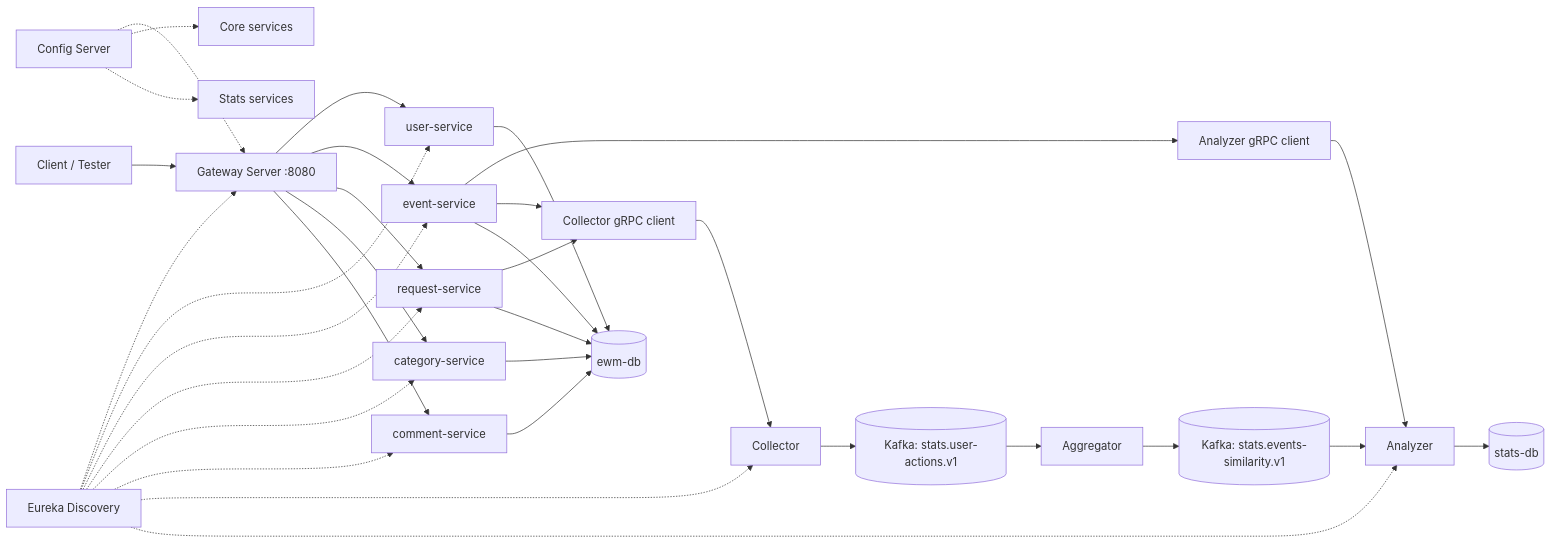
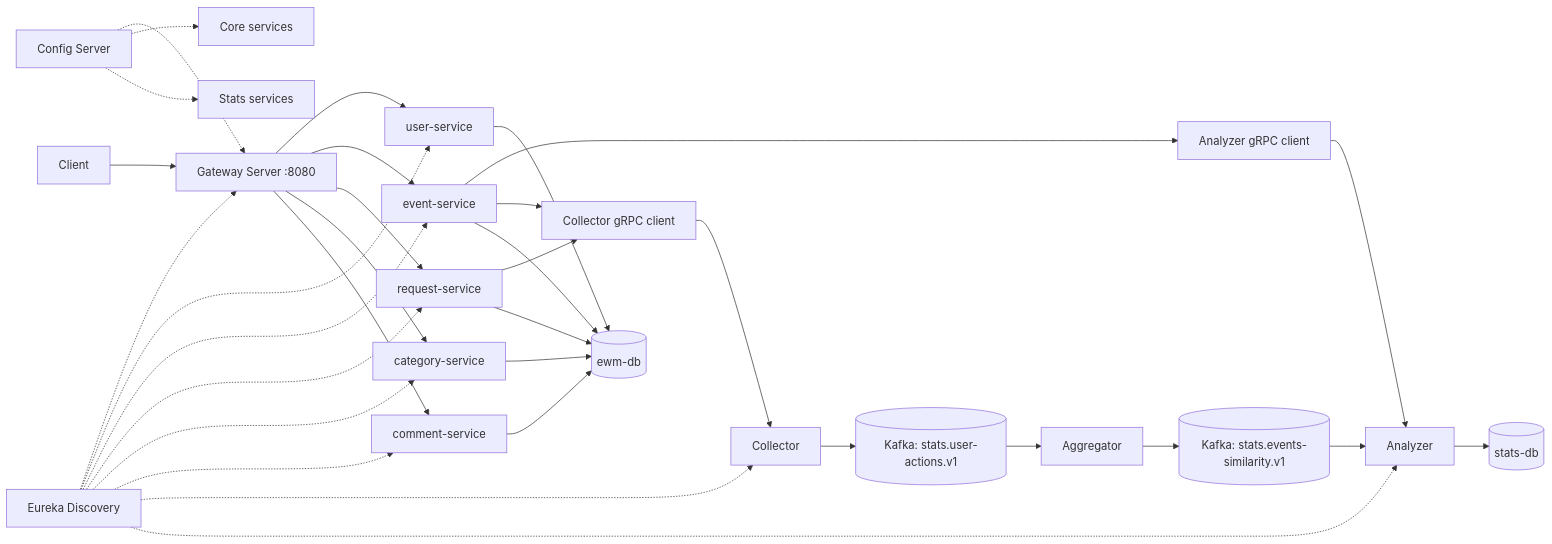
Before and after one commit to avnovik/java-plus-graduation: the diagram in README.md, drawn with Mermaid. The commit also changed other lines of this file and 3 other files, not shown here.

````diff
--- a/README.md
+++ b/README.md
@@ -70,42 +70,42 @@
 ```mermaid
 flowchart LR
-    Client[Client / Tester] --> Gateway[Gateway Server :8080]
+    Client --> Gateway[Gateway Server :8080]
 
     Gateway --> User[user-service]
     Gateway --> Event[event-service]
     Gateway --> Request[request-service]
     Gateway --> Category[category-service]
     Gateway --> Comment[comment-service]
 
     Event --> AnalyzerClient[Analyzer gRPC client]
     Event --> CollectorClient[Collector gRPC client]
     Request --> CollectorClient
 
     CollectorClient --> Collector[Collector]
     AnalyzerClient --> Analyzer[Analyzer]
 
     Collector --> KafkaUserActions[(Kafka: stats.user-actions.v1)]
     KafkaUserActions --> Aggregator[Aggregator]
     Aggregator --> KafkaSimilarity[(Kafka: stats.events-similarity.v1)]
     KafkaSimilarity --> Analyzer
 
     Analyzer --> StatsDb[(stats-db)]
     User --> EwmDb[(ewm-db)]
     Event --> EwmDb
     Request --> EwmDb
     Category --> EwmDb
     Comment --> EwmDb
 
     Discovery[Eureka Discovery] -.-> Gateway
     Discovery -.-> User
     Discovery -.-> Event
     Discovery -.-> Request
     Discovery -.-> Category
     Discovery -.-> Comment
     Discovery -.-> Collector
     Discovery -.-> Analyzer
 
     Config[Config Server] -.-> Gateway
     Config -.-> CoreServices[Core services]
     Config -.-> StatsServices[Stats services]
 ```
````
